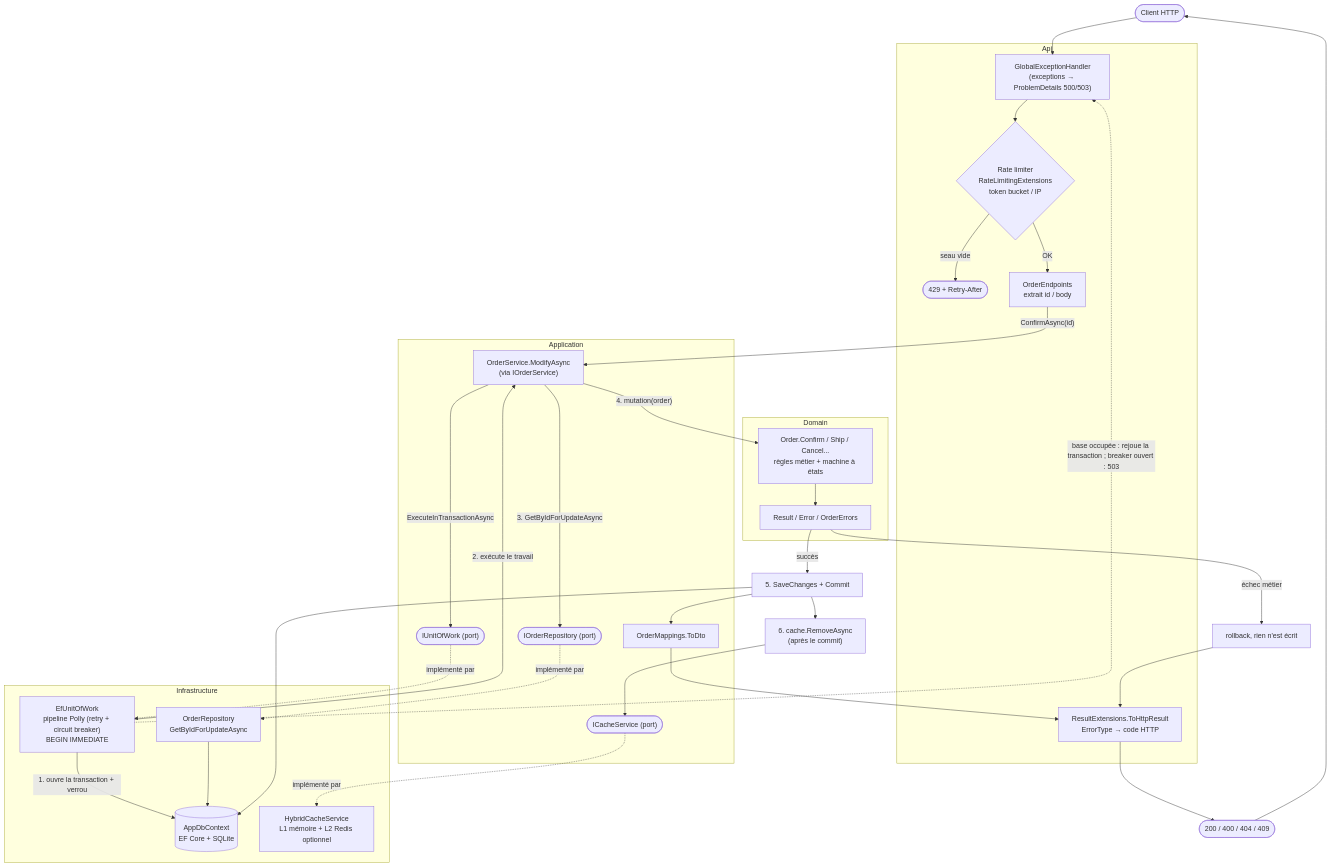
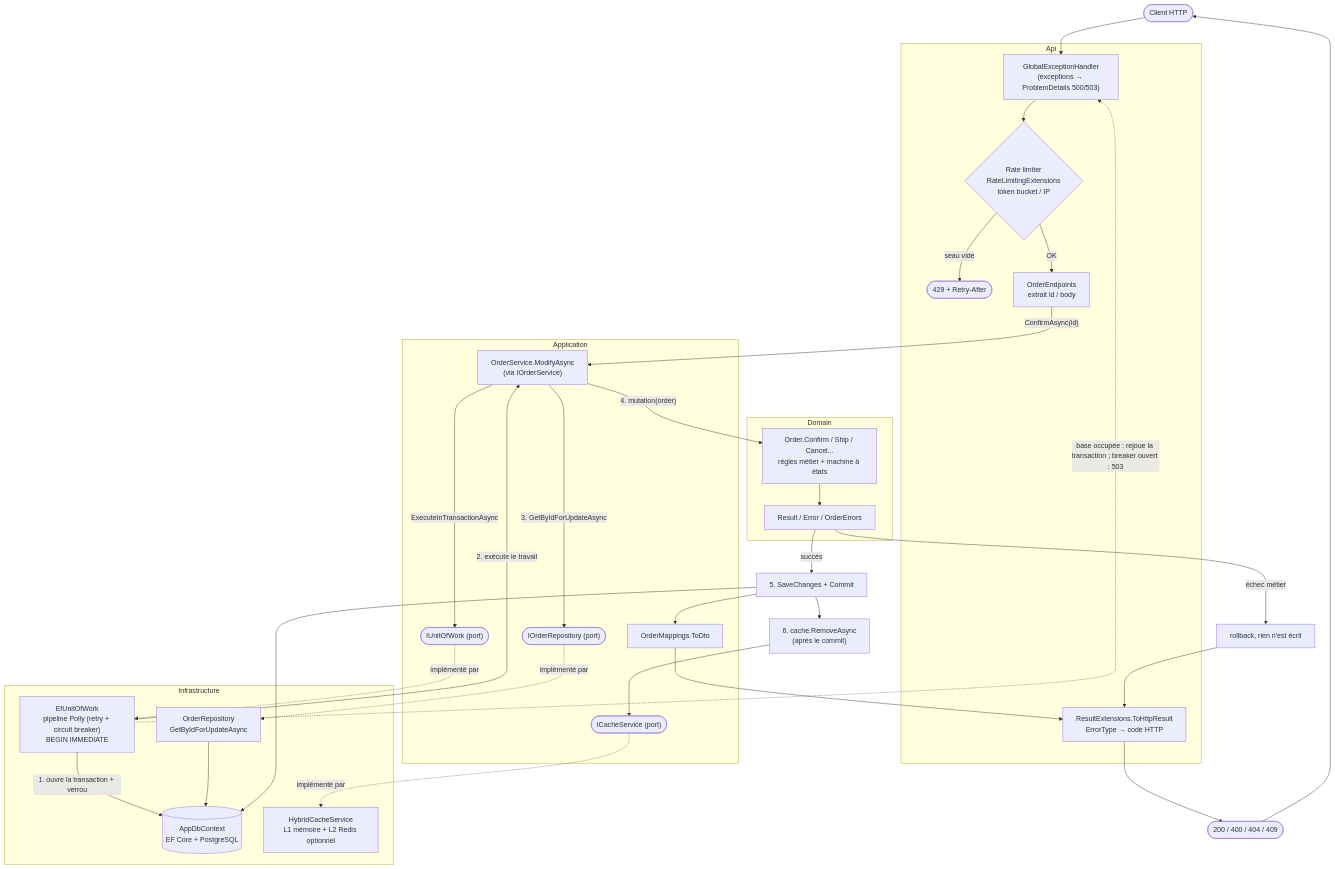
One commit to lscchnh/CleanArchitectureSkeleton changed the second of 2 diagrams in README.md. Above: the diagram before and after it, drawn with Mermaid. The commit also changed other lines of this file and 40 other files, not shown here.

````diff
--- a/README.md
+++ b/README.md
@@ -96,54 +96,54 @@
 ```mermaid
 flowchart TD
   client([Client HTTP]) --> eh
 
   subgraph Api["Api"]
     eh["GlobalExceptionHandler<br/>(exceptions → ProblemDetails 500/503)"] --> rl{"Rate limiter<br/>RateLimitingExtensions<br/>token bucket / IP"}
     rl -- "seau vide" --> r429([429 + Retry-After])
     rl -- "OK" --> ep["OrderEndpoints<br/>extrait id / body"]
     res["ResultExtensions.ToHttpResult<br/>ErrorType → code HTTP"]
   end
 
   subgraph Application["Application"]
     svc["OrderService.ModifyAsync<br/>(via IOrderService)"]
     uow(["IUnitOfWork (port)"])
     repo(["IOrderRepository (port)"])
     cache(["ICacheService (port)"])
     map["OrderMappings.ToDto"]
   end
 
   subgraph Domain["Domain"]
     order["Order.Confirm / Ship / Cancel...<br/>règles métier + machine à états"]
     result["Result / Error / OrderErrors"]
   end
 
   subgraph Infrastructure["Infrastructure"]
     efuow["EfUnitOfWork<br/>pipeline Polly (retry + circuit breaker)<br/>BEGIN IMMEDIATE"]
     orepo["OrderRepository<br/>GetByIdForUpdateAsync"]
-    db[("AppDbContext<br/>EF Core + SQLite")]
+    db[("AppDbContext<br/>EF Core + PostgreSQL")]
     hcache["HybridCacheService<br/>L1 mémoire + L2 Redis optionnel"]
   end
 
   ep -- "ConfirmAsync(id)" --> svc
   svc -- "ExecuteInTransactionAsync" --> uow
   uow -. "implémenté par" .-> efuow
   efuow -- "1. ouvre la transaction + verrou" --> db
   efuow -- "2. exécute le travail" --> svc
   svc -- "3. GetByIdForUpdateAsync" --> repo
   repo -. "implémenté par" .-> orepo
   orepo --> db
   svc -- "4. mutation(order)" --> order
   order --> result
   result -- "échec métier" --> rollback["rollback, rien n'est écrit"]
   result -- "succès" --> save["5. SaveChanges + Commit"]
   save --> db
   save --> inval["6. cache.RemoveAsync<br/>(après le commit)"]
   inval --> cache
   cache -. "implémenté par" .-> hcache
   save --> map
   map --> res
   rollback --> res
   res --> http([200 / 400 / 404 / 409])
   http --> client
   efuow -. "base occupée : rejoue la transaction ; breaker ouvert : 503" .-> eh
 ```
````
